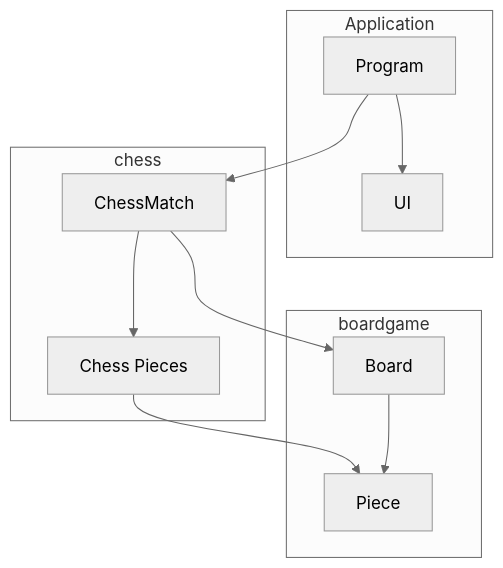
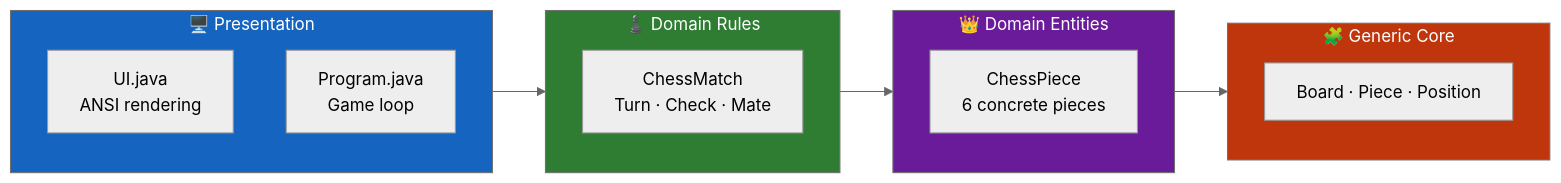
One commit to VictorHJesusSantiago/chess_system_java changed the second of 8 diagrams in README.md. Above: the diagram before and after it, drawn with Mermaid (neutral theme). The commit also changed other lines of this file and 2 other files, not shown here.

````diff
--- a/README.md
+++ b/README.md
@@ -534,21 +208,23 @@
 ```mermaid
-flowchart TB
-    subgraph App["Application"]
-        Program
-        UI
+flowchart LR
+    subgraph L1["🖥️ Presentation"]
+        A1["UI.java\nANSI rendering"]
+        A2["Program.java\nGame loop"]
     end
-    subgraph Domain["chess"]
-        ChessMatch
-        Pieces["Chess Pieces"]
+    subgraph L2["♟️ Domain Rules"]
+        B1["ChessMatch\nTurn · Check · Mate"]
     end
-    subgraph Core["boardgame"]
-        Board
-        Piece
+    subgraph L3["👑 Domain Entities"]
+        C1["ChessPiece\n6 concrete pieces"]
     end
-    Program --> UI
-    Program --> ChessMatch
-    ChessMatch --> Board
-    ChessMatch --> Pieces
-    Pieces --> Piece
-    Board --> Piece
+    subgraph L4["🧩 Generic Core"]
+        D1["Board · Piece · Position"]
+    end
+
+    L1 --> L2 --> L3 --> L4
+
+    style L1 fill:#1565C0,color:#fff
+    style L2 fill:#2E7D32,color:#fff
+    style L3 fill:#6A1B9A,color:#fff
+    style L4 fill:#BF360C,color:#fff
 ```
````
